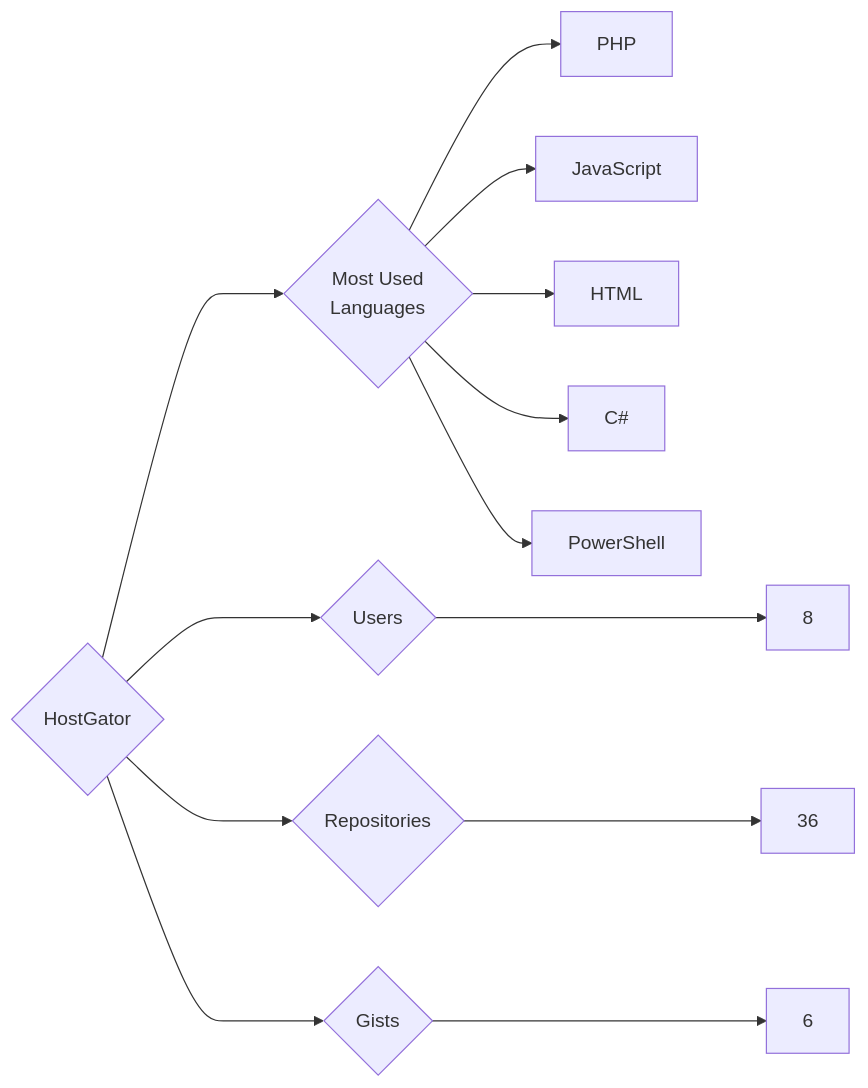
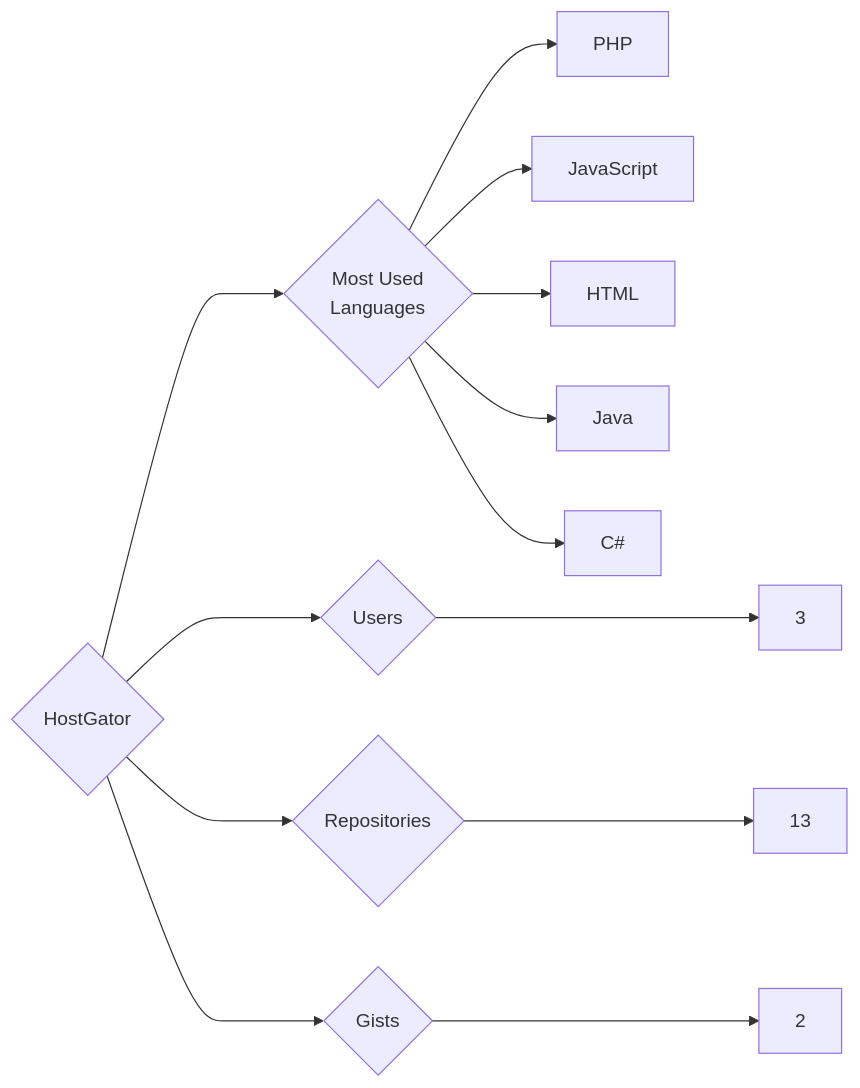
One commit to trickest/insiders changed the diagram in targets/HostGator/README.md. Above: the diagram before and after it, drawn with Mermaid. The commit also changed 997 other files, not shown here.

````diff
--- a/targets/HostGator/README.md
+++ b/targets/HostGator/README.md
@@ -3,13 +3,13 @@
 ```mermaid
 graph LR
 COMPANY_NAME{HostGator}
-COMPANY_NAME ---> U{Users} ---> UN[8]
-COMPANY_NAME ---> R{Repositories} ---> RN[36]
-COMPANY_NAME ---> G{Gists} ---> GN[6]
+COMPANY_NAME ---> U{Users} ---> UN[3]
+COMPANY_NAME ---> R{Repositories} ---> RN[13]
+COMPANY_NAME ---> G{Gists} ---> GN[2]
 COMPANY_NAME ---> ML{Most Used<br>Languages}
 ML --> PHP[PHP]
 ML --> JavaScript[JavaScript]
 ML --> HTML[HTML]
+ML --> Java[Java]
 ML --> C#[C#]
-ML --> PowerShell[PowerShell]
 ```
````
